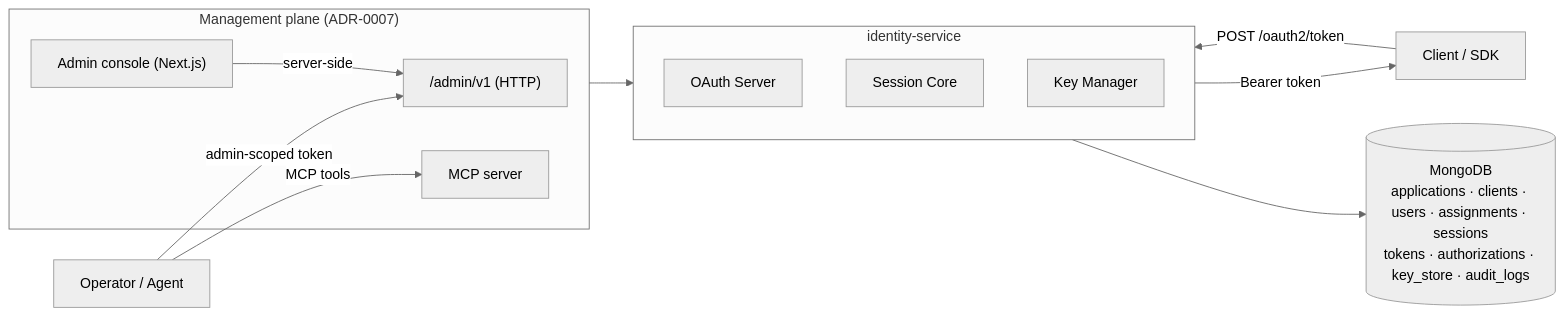
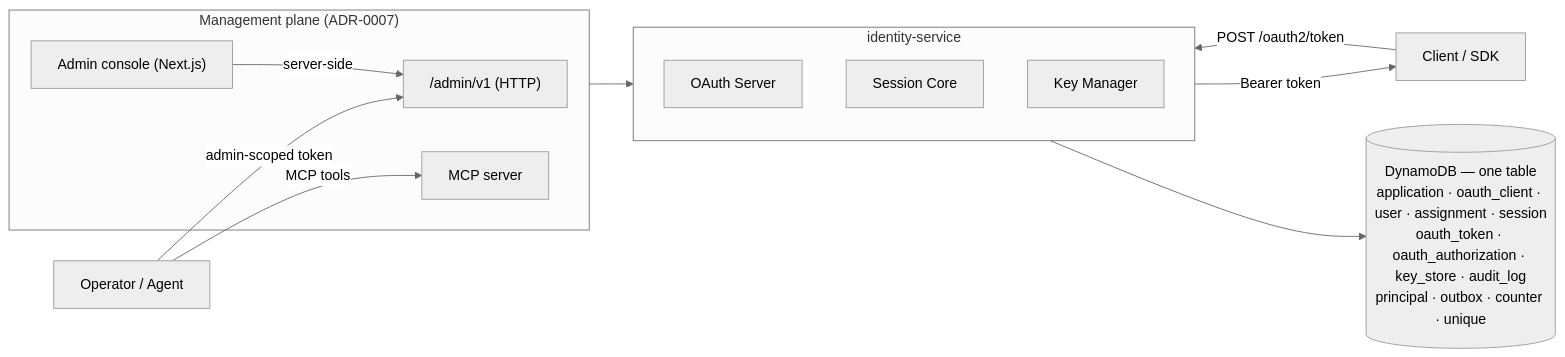
Before and after one commit to fps4/identity-service: the diagram in docs/design/architecture.md, drawn with Mermaid (neutral theme). The commit also changed other lines of this file and 122 other files, not shown here.

First line of the commit message:
M1: the store is DynamoDB — one table per deployment, made by the module, reached by a role (ADR-0023) (#111)

````diff
--- a/docs/design/architecture.md
+++ b/docs/design/architecture.md
@@ -37,24 +37,24 @@
 ```mermaid
 flowchart LR
     client["Client / SDK"]
     subgraph svc["identity-service"]
         oauth["OAuth Server"]
         session["Session Core"]
         keys["Key Manager"]
     end
-    db[("MongoDB<br/>applications · clients · users · assignments · sessions<br/>tokens · authorizations · key_store · audit_logs")]
+    db[("DynamoDB — one table<br/>application · oauth_client · user · assignment · session<br/>oauth_token · oauth_authorization · key_store · audit_log<br/>principal · outbox · counter · unique")]
     admin["Operator / Agent"]
     subgraph mgmt["Management plane (ADR-0007)"]
         api["/admin/v1 (HTTP)"]
         mcp["MCP server"]
         console["Admin console (Next.js)"]
     end
 
     client -->|"POST /oauth2/token"| svc
     svc -->|"Bearer token"| client
     svc --> db
     admin -->|"admin-scoped token"| api
     admin -->|"MCP tools"| mcp
     console -->|"server-side"| api
     mgmt --> svc
 ```
````
